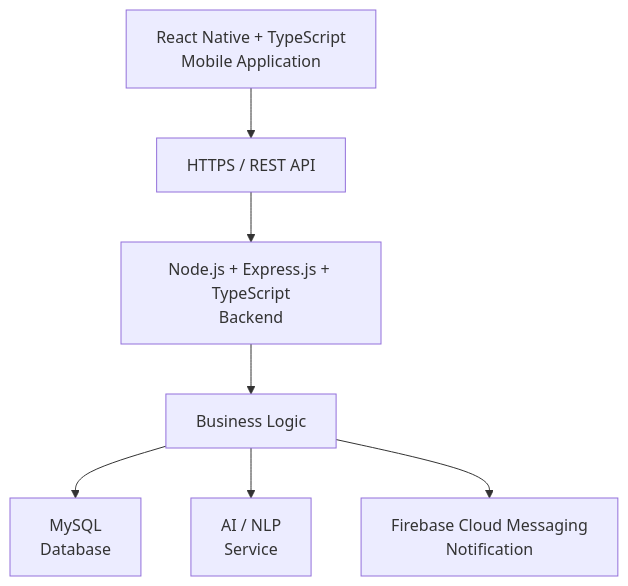
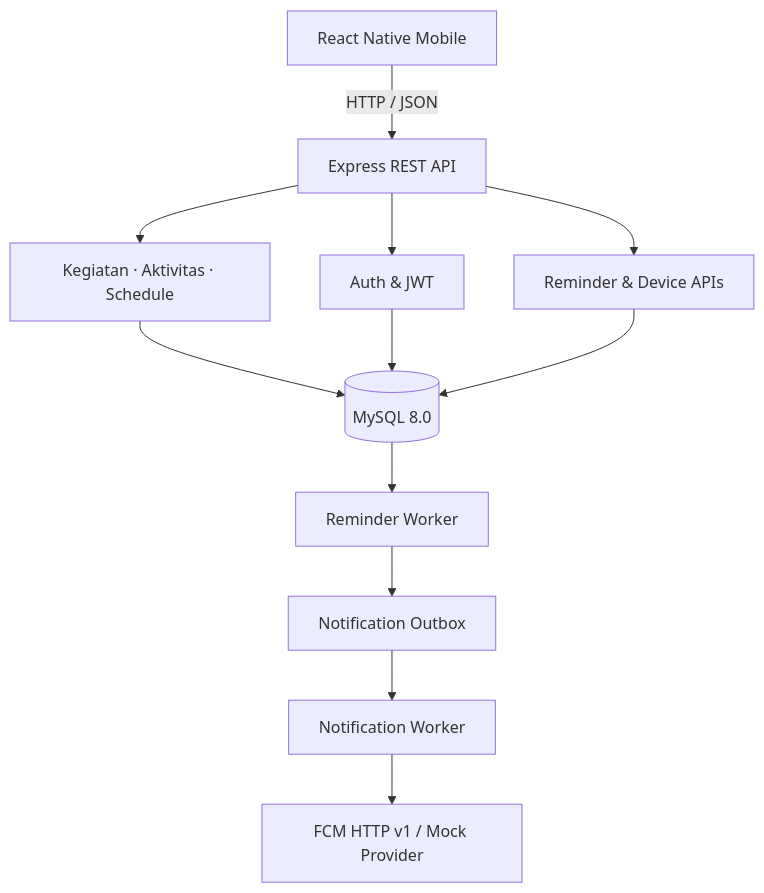
One commit to ryanazryan/sara-backend changed the diagram in README.md. Above: the diagram before and after it, drawn with Mermaid. The commit also changed other lines of this file and 3 other files, not shown here.

````diff
--- a/README.md
+++ b/README.md
@@ -372,18 +172,14 @@
 ```mermaid
 flowchart TD
-
-    A["React Native + TypeScript<br/>Mobile Application"]
-    B["HTTPS / REST API"]
-    C["Node.js + Express.js + TypeScript<br/>Backend"]
-    D["Business Logic"]
-    E["MySQL<br/>Database"]
-    F["AI / NLP<br/>Service"]
-    G["Firebase Cloud Messaging<br/>Notification"]
-
-    A --> B
-    B --> C
-    C --> D
-    D --> E
-    D --> F
-    D --> G
+    M["React Native Mobile"] -->|HTTP / JSON| API["Express REST API"]
+    API --> AUTH["Auth & JWT"]
+    API --> DOMAIN["Kegiatan · Aktivitas · Schedule"]
+    API --> REM["Reminder & Device APIs"]
+    DOMAIN --> DB[("MySQL 8.0")]
+    AUTH --> DB
+    REM --> DB
+    DB --> RW["Reminder Worker"]
+    RW --> OUT["Notification Outbox"]
+    OUT --> NW["Notification Worker"]
+    NW --> FCM["FCM HTTP v1 / Mock Provider"]
 ```
````
